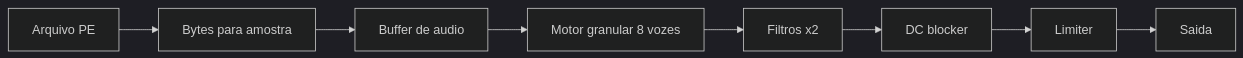
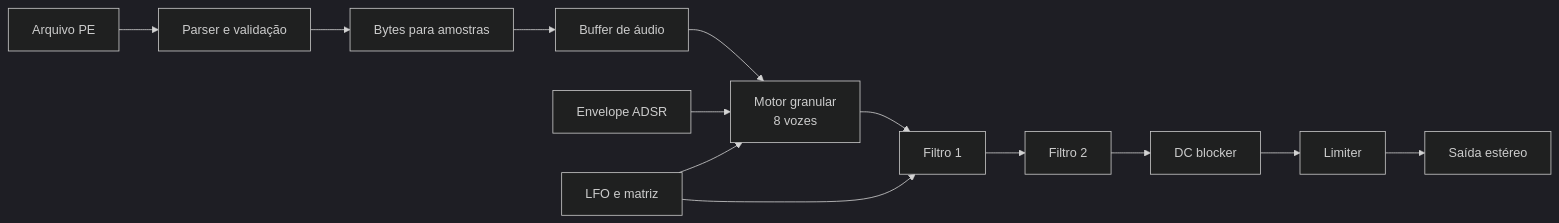
Before and after one commit to 9matesu/Opcoda: the diagram in README.md, drawn with Mermaid (dark theme). The commit also changed other lines of this file and 7 other files, not shown here.

````diff
--- a/README.md
+++ b/README.md
@@ -26,10 +116,15 @@
 ```mermaid
 flowchart LR
-  A[Arquivo PE] --> B[Bytes para amostra]
-  B --> C[Buffer de audio]
-  C --> D[Motor granular 8 vozes]
-  D --> E[Filtros x2]
-  E --> F[DC blocker]
-  F --> G[Limiter]
-  G --> H[Saida]
+  A[Arquivo PE] --> B[Parser e validação]
+  B --> C[Bytes para amostras]
+  C --> D[Buffer de áudio]
+  D --> E[Motor granular<br/>8 vozes]
+  E --> F[Filtro 1]
+  F --> G[Filtro 2]
+  G --> H[DC blocker]
+  H --> I[Limiter]
+  I --> J[Saída estéreo]
+  K[Envelope ADSR] --> E
+  L[LFO e matriz] --> E
+  L --> F
 ```
````
